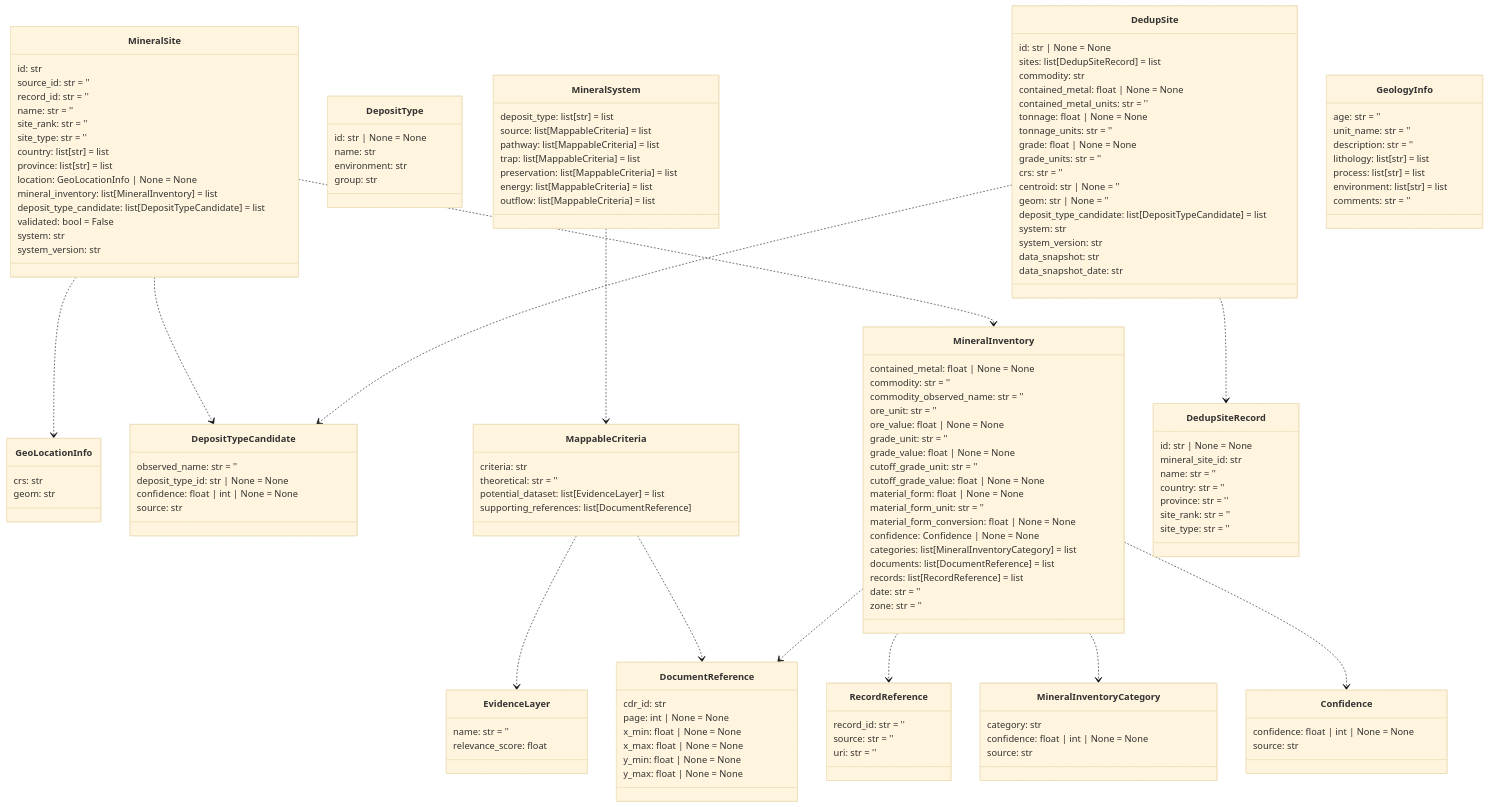
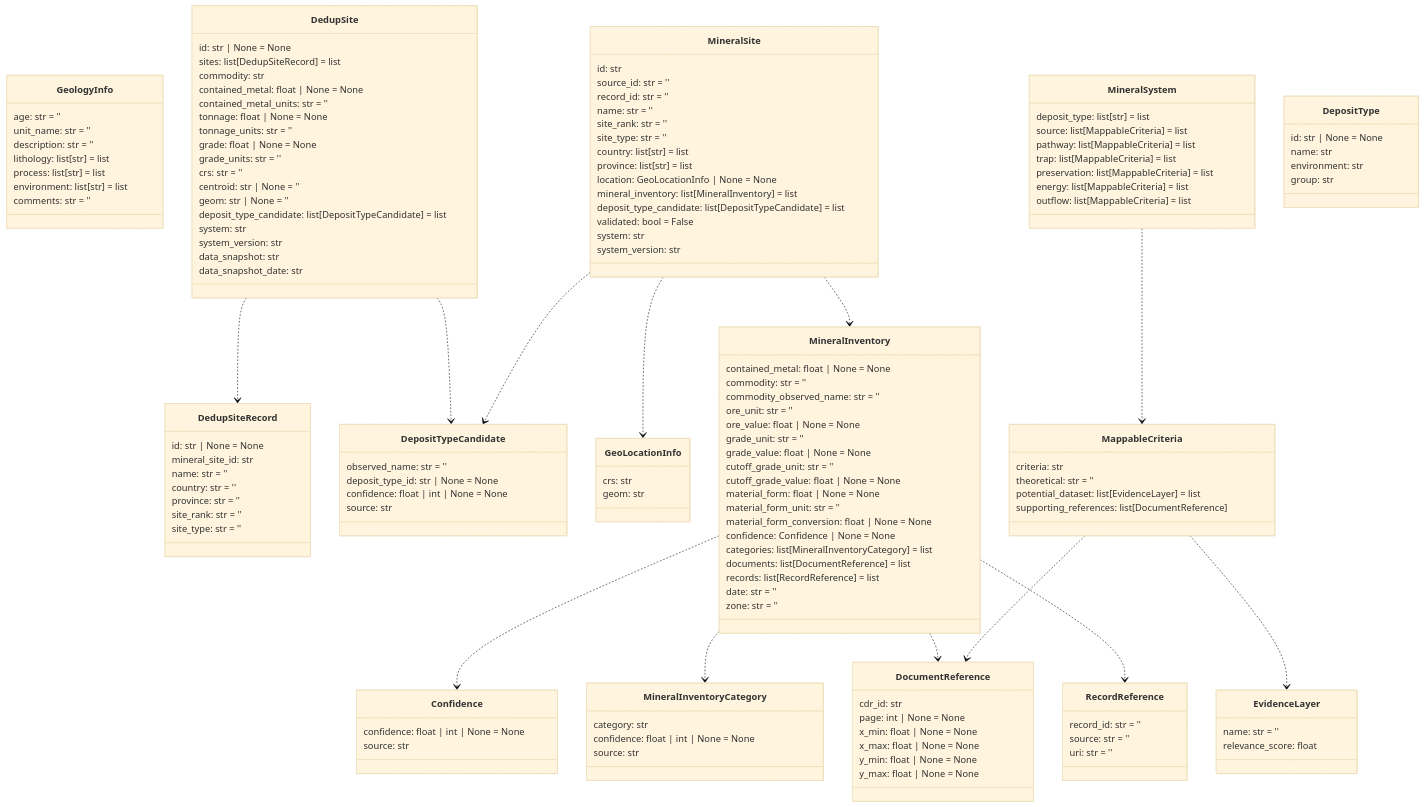
Before and after one commit to DARPA-CRITICALMAAS/cdr_schemas: the tenth of 14 diagrams in README.md, drawn with Mermaid (base theme). The commit also changed other lines of this file, not shown here.

````diff
--- a/README.md
+++ b/README.md
@@ -766,5 +766,128 @@
 ```mermaid
 classDiagram
+
+    class DedupSiteRecord {
+        id: str | None = None
+        mineral_site_id: str
+        name: str = ''
+        country: str = ''
+        province: str = ''
+        site_rank: str = ''
+        site_type: str = ''
+    }
+
+    class Confidence {
+        confidence: float | int | None = None
+        source: str
+    }
+
+    class DepositTypeCandidate {
+        observed_name: str = ''
+        deposit_type_id: str | None = None
+        confidence: float | int | None = None
+        source: str
+    }
+
+    class GeoLocationInfo {
+        crs: str
+        geom: str
+    }
+
+    class MineralInventoryCategory {
+        category: str
+        confidence: float | int | None = None
+        source: str
+    }
+
+    class RecordReference {
+        record_id: str = ''
+        source: str = ''
+        uri: str = ''
+    }
+
+    class DocumentReference {
+        cdr_id: str
+        page: int | None = None
+        x_min: float | None = None
+        x_max: float | None = None
+        y_min: float | None = None
+        y_max: float | None = None
+    }
+
+    class GeologyInfo {
+        age: str = ''
+        unit_name: str = ''
+        description: str = ''
+        lithology: list[str] = list
+        process: list[str] = list
+        environment: list[str] = list
+        comments: str = ''
+    }
+
+    class MineralInventory {
+        contained_metal: float | None = None
+        commodity: str = ''
+        commodity_observed_name: str = ''
+        ore_unit: str = ''
+        ore_value: float | None = None
+        grade_unit: str = ''
+        grade_value: float | None = None
+        cutoff_grade_unit: str = ''
+        cutoff_grade_value: float | None = None
+        material_form: float | None = None
+        material_form_unit: str = ''
+        material_form_conversion: float | None = None
+        confidence: Confidence | None = None
+        categories: list[MineralInventoryCategory] = list
+        documents: list[DocumentReference] = list
+        records: list[RecordReference] = list
+        date: str = ''
+        zone: str = ''
+    }
+
+    class MineralSite {
+        id: str
+        source_id: str = ''
+        record_id: str = ''
+        name: str = ''
+        site_rank: str = ''
+        site_type: str = ''
+        country: list[str] = list
+        province: list[str] = list
+        location: GeoLocationInfo | None = None
+        mineral_inventory: list[MineralInventory] = list
+        deposit_type_candidate: list[DepositTypeCandidate] = list
+        validated: bool = False
+        system: str
+        system_version: str
+    }
+
+    class MappableCriteria {
+        criteria: str
+        theoretical: str = ''
+        potential_dataset: list[EvidenceLayer] = list
+        supporting_references: list[DocumentReference]
+    }
+
+    class DedupSite {
+        id: str | None = None
+        sites: list[DedupSiteRecord] = list
+        commodity: str
+        contained_metal: float | None = None
+        contained_metal_units: str = ''
+        tonnage: float | None = None
+        tonnage_units: str = ''
+        grade: float | None = None
+        grade_units: str = ''
+        crs: str = ''
+        centroid: str | None = ''
+        geom: str | None = ''
+        deposit_type_candidate: list[DepositTypeCandidate] = list
+        system: str
+        system_version: str
+        data_snapshot: str
+        data_snapshot_date: str
+    }
 
     class EvidenceLayer {
         name: str = ''
@@ -788,141 +911,18 @@
         group: str
     }
 
-    class GeoLocationInfo {
-        crs: str
-        geom: str
-    }
-
-    class DepositTypeCandidate {
-        observed_name: str = ''
-        deposit_type_id: str | None = None
-        confidence: float | int | None = None
-        source: str
-    }
-
-    class MineralSite {
-        id: str
-        source_id: str = ''
-        record_id: str = ''
-        name: str = ''
-        site_rank: str = ''
-        site_type: str = ''
-        country: list[str] = list
-        province: list[str] = list
-        location: GeoLocationInfo | None = None
-        mineral_inventory: list[MineralInventory] = list
-        deposit_type_candidate: list[DepositTypeCandidate] = list
-        validated: bool = False
-        system: str
-        system_version: str
-    }
-
-    class MineralInventory {
-        contained_metal: float | None = None
-        commodity: str = ''
-        commodity_observed_name: str = ''
-        ore_unit: str = ''
-        ore_value: float | None = None
-        grade_unit: str = ''
-        grade_value: float | None = None
-        cutoff_grade_unit: str = ''
-        cutoff_grade_value: float | None = None
-        material_form: float | None = None
-        material_form_unit: str = ''
-        material_form_conversion: float | None = None
-        confidence: Confidence | None = None
-        categories: list[MineralInventoryCategory] = list
-        documents: list[DocumentReference] = list
-        records: list[RecordReference] = list
-        date: str = ''
-        zone: str = ''
-    }
-
-    class DocumentReference {
-        cdr_id: str
-        page: int | None = None
-        x_min: float | None = None
-        x_max: float | None = None
-        y_min: float | None = None
-        y_max: float | None = None
-    }
-
-    class MappableCriteria {
-        criteria: str
-        theoretical: str = ''
-        potential_dataset: list[EvidenceLayer] = list
-        supporting_references: list[DocumentReference]
-    }
-
-    class Confidence {
-        confidence: float | int | None = None
-        source: str
-    }
-
-    class DedupSiteRecord {
-        id: str | None = None
-        mineral_site_id: str
-        name: str = ''
-        country: str = ''
-        province: str = ''
-        site_rank: str = ''
-        site_type: str = ''
-    }
-
-    class DedupSite {
-        id: str | None = None
-        sites: list[DedupSiteRecord] = list
-        commodity: str
-        contained_metal: float | None = None
-        contained_metal_units: str = ''
-        tonnage: float | None = None
-        tonnage_units: str = ''
-        grade: float | None = None
-        grade_units: str = ''
-        crs: str = ''
-        centroid: str | None = ''
-        geom: str | None = ''
-        deposit_type_candidate: list[DepositTypeCandidate] = list
-        system: str
-        system_version: str
-        data_snapshot: str
-        data_snapshot_date: str
-    }
-
-    class RecordReference {
-        record_id: str = ''
-        source: str = ''
-        uri: str = ''
-    }
-
-    class MineralInventoryCategory {
-        category: str
-        confidence: float | int | None = None
-        source: str
-    }
-
-    class GeologyInfo {
-        age: str = ''
-        unit_name: str = ''
-        description: str = ''
-        lithology: list[str] = list
-        process: list[str] = list
-        environment: list[str] = list
-        comments: str = ''
-    }
-
+    MappableCriteria ..> DocumentReference
     MappableCriteria ..> EvidenceLayer
-    MappableCriteria ..> DocumentReference
     MineralSystem ..> MappableCriteria
-    MineralInventory ..> RecordReference
-    MineralInventory ..> MineralInventoryCategory
     MineralInventory ..> Confidence
     MineralInventory ..> DocumentReference
-    MineralSite ..> DepositTypeCandidate
+    MineralInventory ..> MineralInventoryCategory
+    MineralInventory ..> RecordReference
     MineralSite ..> GeoLocationInfo
     MineralSite ..> MineralInventory
+    MineralSite ..> DepositTypeCandidate
+    DedupSite ..> DedupSiteRecord
     DedupSite ..> DepositTypeCandidate
-    DedupSite ..> DedupSiteRecord
 
 
 ```
````
